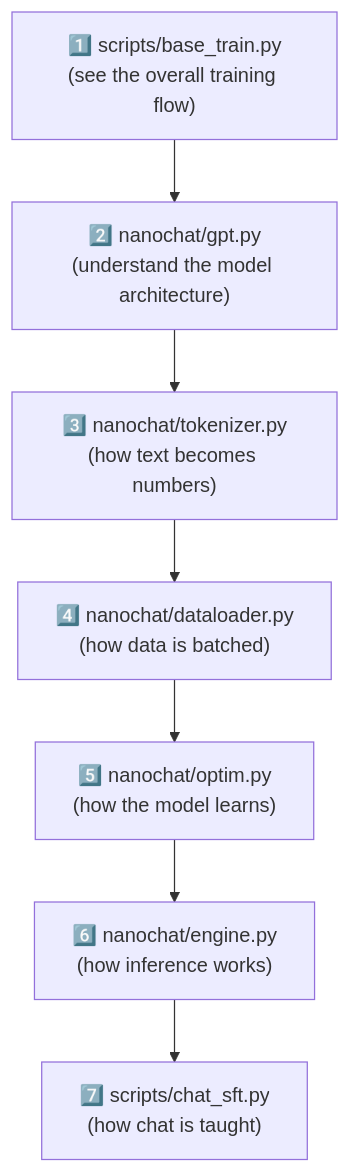
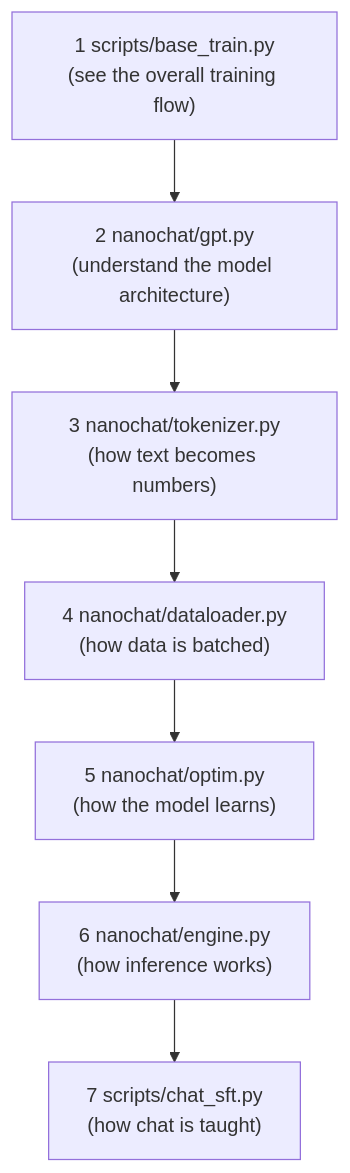
The third of 3 diagrams in learn/00_intro.md (meever/nanochat), drawn with Mermaid before and after one commit. The commit also changed other lines of this file and 11 other files, not shown here.

````diff
--- a/learn/00_intro.md
+++ b/learn/00_intro.md
@@ -154,9 +154,9 @@
 ```mermaid
 flowchart TD
-  A["1️⃣ scripts/base_train.py\n(see the overall training flow)"] --> B["2️⃣ nanochat/gpt.py\n(understand the model architecture)"]
-  B --> C["3️⃣ nanochat/tokenizer.py\n(how text becomes numbers)"]
-  C --> D["4️⃣ nanochat/dataloader.py\n(how data is batched)"]
-  D --> E["5️⃣ nanochat/optim.py\n(how the model learns)"]
-  E --> F["6️⃣ nanochat/engine.py\n(how inference works)"]
-  F --> G["7️⃣ scripts/chat_sft.py\n(how chat is taught)"]
+  A["1 scripts/base_train.py\n(see the overall training flow)"] --> B["2 nanochat/gpt.py\n(understand the model architecture)"]
+  B --> C["3 nanochat/tokenizer.py\n(how text becomes numbers)"]
+  C --> D["4 nanochat/dataloader.py\n(how data is batched)"]
+  D --> E["5 nanochat/optim.py\n(how the model learns)"]
+  E --> F["6 nanochat/engine.py\n(how inference works)"]
+  F --> G["7 scripts/chat_sft.py\n(how chat is taught)"]
 ```
````
